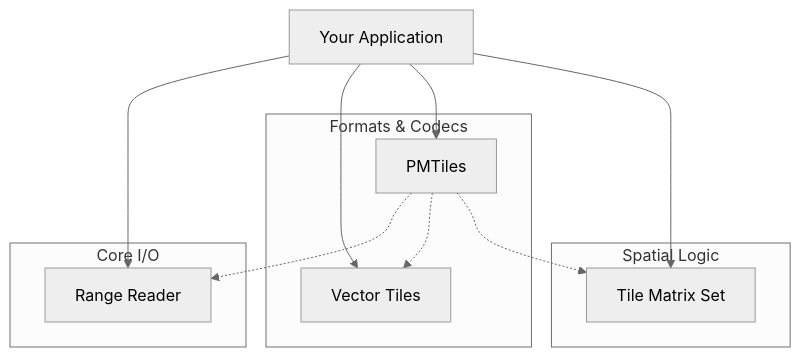
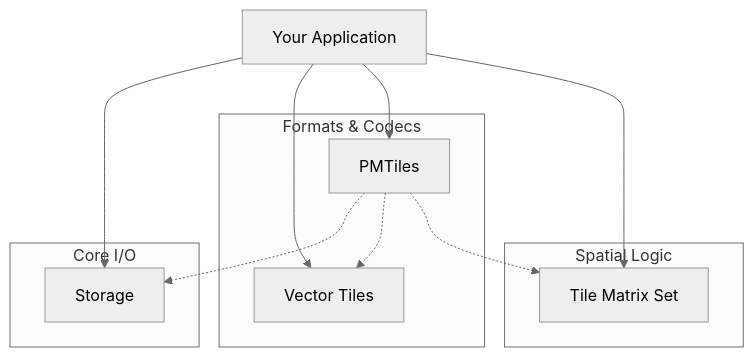
One commit to tileverse-io/tileverse changed the diagram in README.md. Above: the diagram before and after it, drawn with Mermaid (neutral theme). The commit also changed other lines of this file and 338 other files, not shown here.

````diff
--- a/README.md
+++ b/README.md
@@ -125,26 +125,26 @@
 ```mermaid
 graph TD
     App[Your Application]
-    
+
     subgraph "Core I/O"
-        RR[Range Reader]
+        ST[Storage]
     end
-    
+
     subgraph "Formats & Codecs"
         VT[Vector Tiles]
         PMT[PMTiles]
     end
-    
+
     subgraph "Spatial Logic"
         TMS[Tile Matrix Set]
     end
-    
-    App --> RR
+
+    App --> ST
     App --> VT
     App --> PMT
     App --> TMS
-    
-    PMT -.-> RR
+
+    PMT -.-> ST
     PMT -.-> VT
     PMT -.-> TMS
 ```
````
